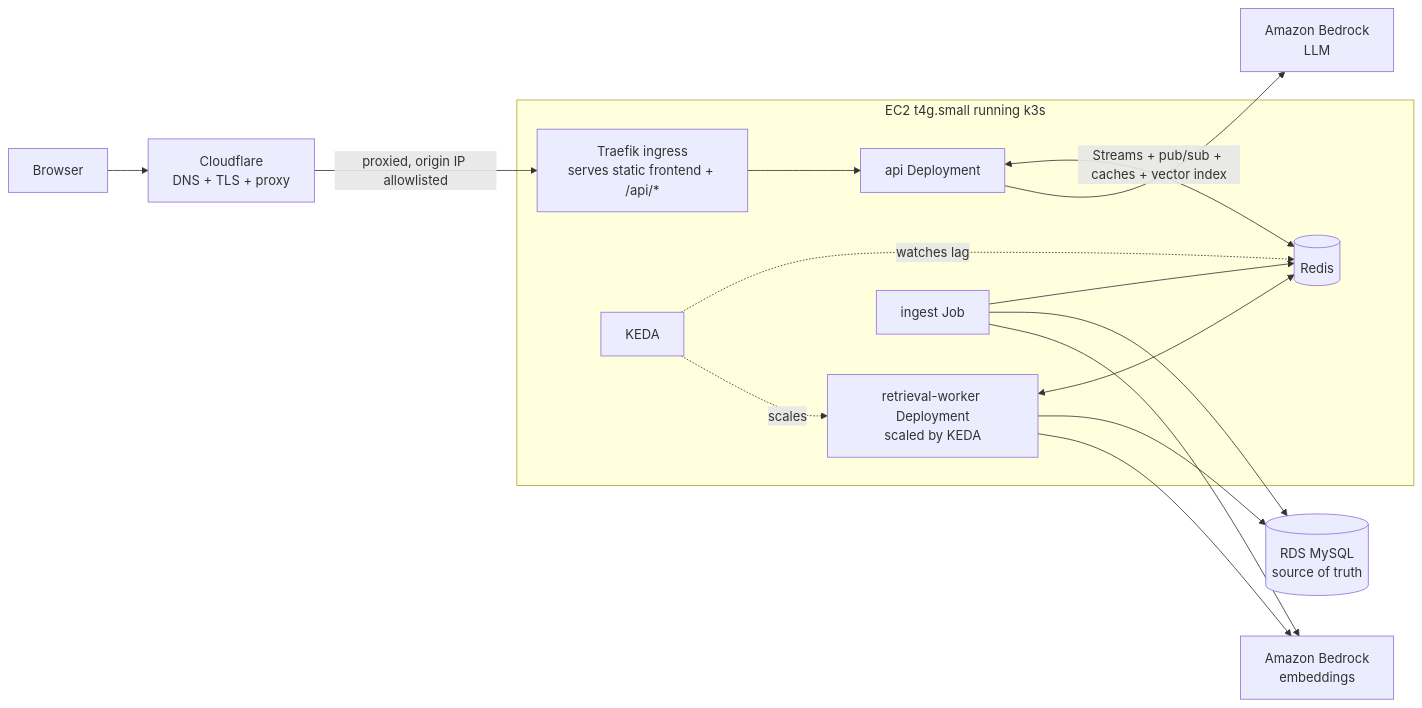
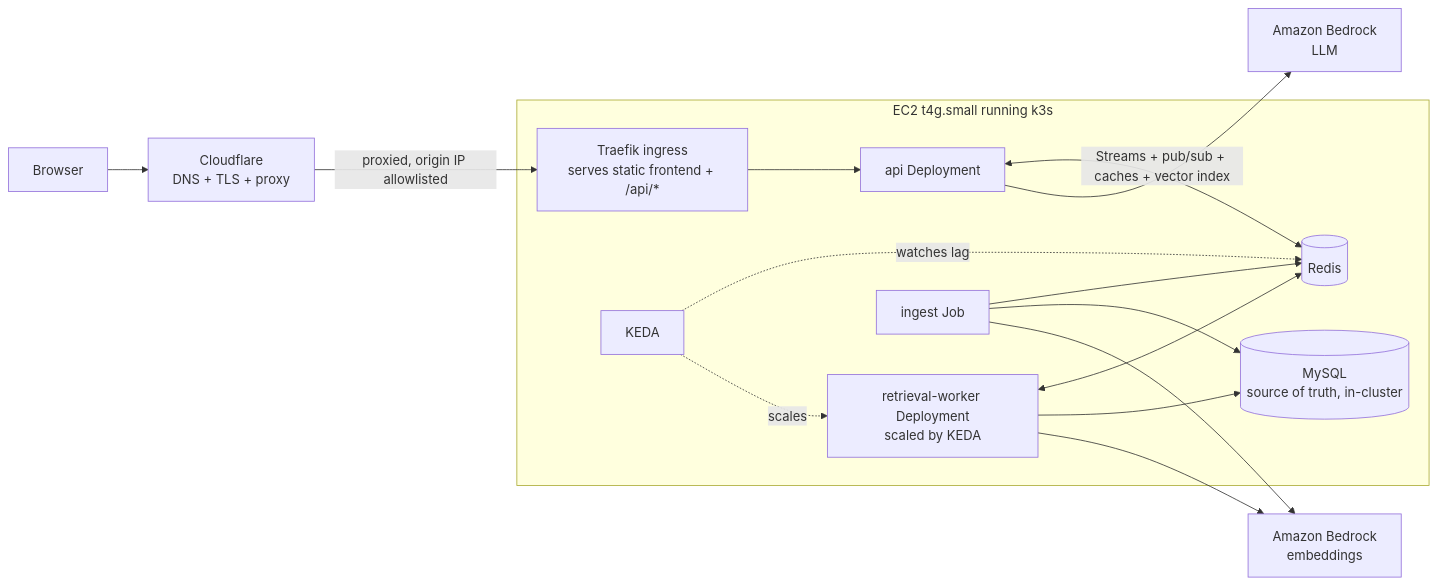
One commit to hacka-tron/basel.engineering changed the diagram in docs/DESIGN.md. Above: the diagram before and after it, drawn with Mermaid. The commit also changed other lines of this file, not shown here.

````diff
--- a/docs/DESIGN.md
+++ b/docs/DESIGN.md
@@ -122,20 +122,20 @@
 ```mermaid
 flowchart LR
     U[Browser] --> CFL[Cloudflare\nDNS + TLS + proxy]
     CFL -->|proxied, origin IP allowlisted| ING
 
     subgraph EC2["EC2 t4g.small running k3s"]
         ING[Traefik ingress\nserves static frontend + /api/*] --> API[api Deployment]
         API <-->|Streams + pub/sub + caches + vector index| R[(Redis)]
         W[retrieval-worker Deployment\nscaled by KEDA] <--> R
         KEDA[KEDA] -.watches lag.-> R
         KEDA -.scales.-> W
         J[ingest Job] --> R
+        W --> MYSQL[(MySQL\nsource of truth, in-cluster)]
+        J --> MYSQL
     end
 
-    W --> RDS[(RDS MySQL\nsource of truth)]
-    J --> RDS
     API --> BR[Amazon Bedrock\nLLM]
     W --> BRE[Amazon Bedrock\nembeddings]
     J --> BRE
 ```
````
